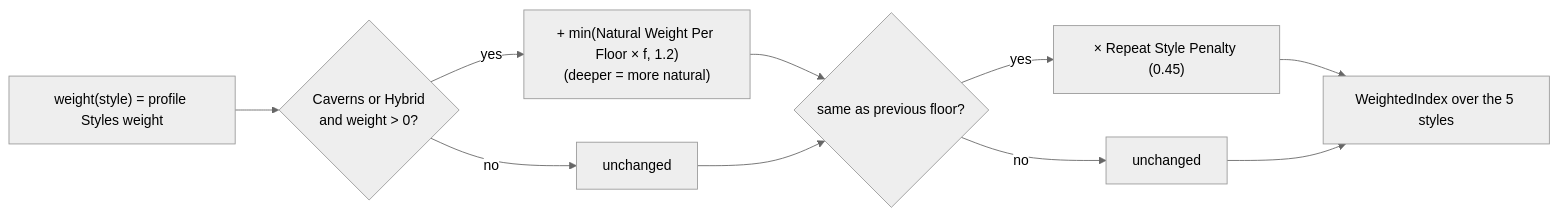
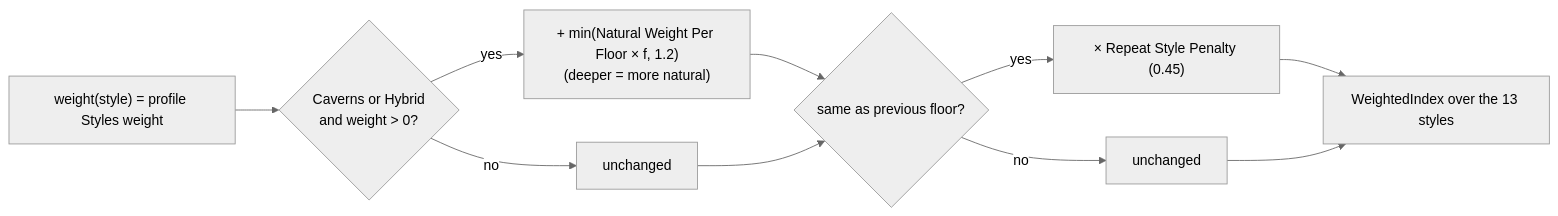
Before and after one commit to Kaynan-Jamelaumn/SimpleMovementsUnityPackage: the second of 5 diagrams in Documentation/Dungeon/03-Macro-Plan.md, drawn with Mermaid (neutral theme). The commit also changed other lines of this file and 161 other files, not shown here.

````diff
--- a/Documentation/Dungeon/03-Macro-Plan.md
+++ b/Documentation/Dungeon/03-Macro-Plan.md
@@ -39,12 +43,12 @@
 ```mermaid
 flowchart LR
     A["weight(style) = profile Styles weight"] --> B{"Caverns or Hybrid<br/>and weight > 0?"}
     B -- yes --> C["+ min(Natural Weight Per Floor × f, 1.2)<br/>(deeper = more natural)"]
     B -- no --> D["unchanged"]
     C --> E{"same as previous floor?"}
     D --> E
     E -- yes --> F["× Repeat Style Penalty (0.45)"]
     E -- no --> G["unchanged"]
-    F --> H["WeightedIndex over the 5 styles"]
+    F --> H["WeightedIndex over the 13 styles"]
     G --> H
 ```
````
